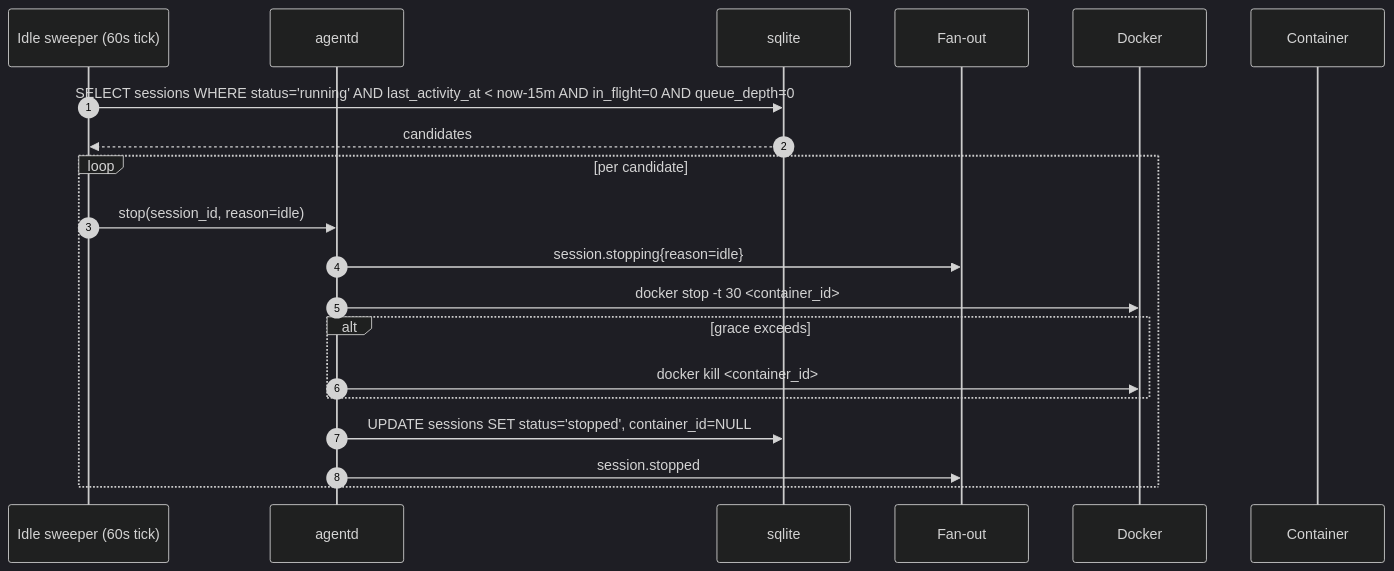
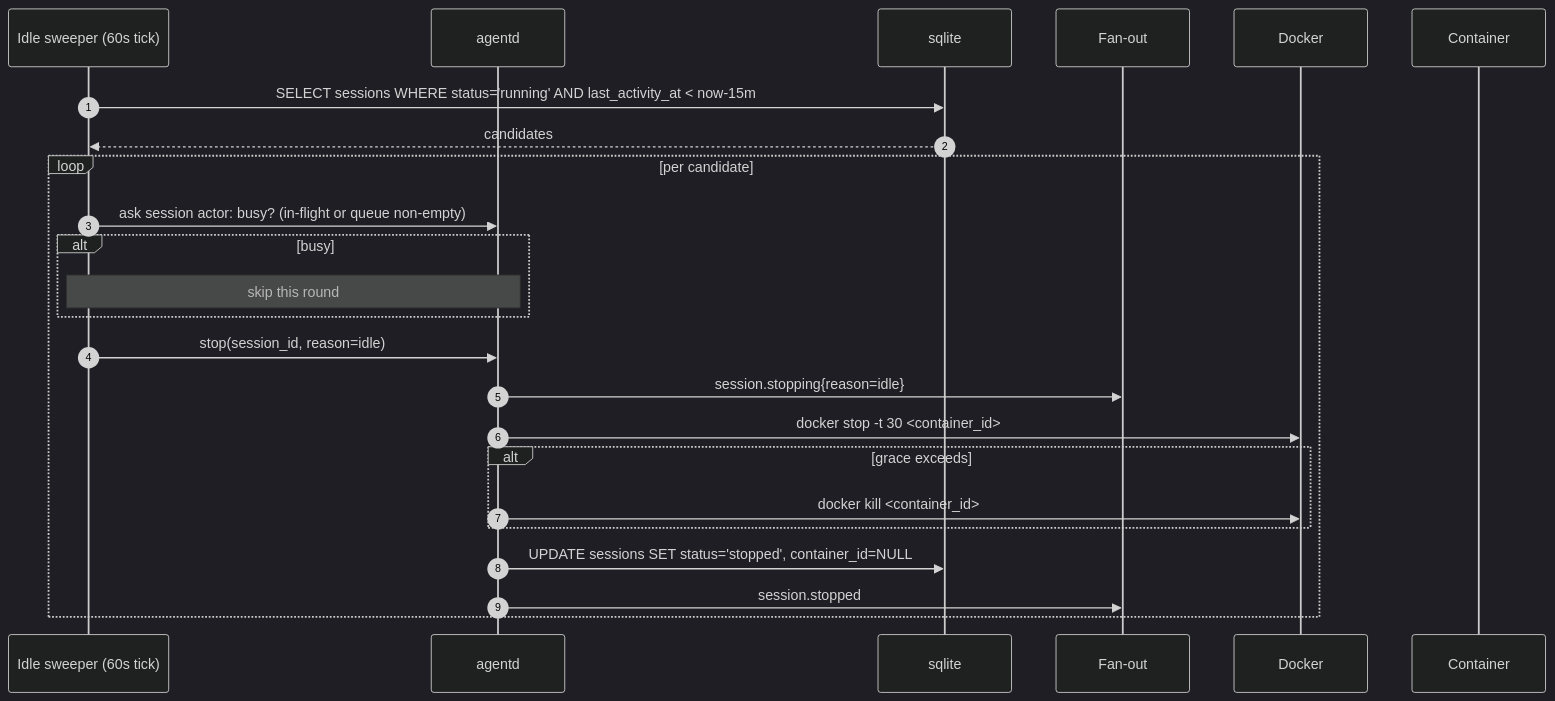
One commit to vipulsodha15/agentctl changed the fifth of 8 diagrams in architecture/overview.md. Above: the diagram before and after it, drawn with Mermaid (dark theme). The commit also changed other lines of this file and 8 other files, not shown here.

````diff
--- a/architecture/overview.md
+++ b/architecture/overview.md
@@ -275,23 +275,27 @@
 ```mermaid
 sequenceDiagram
   autonumber
   participant SW as Idle sweeper (60s tick)
   participant AD as agentd
   participant DB as sqlite
   participant FAN as Fan-out
   participant DOC as Docker
   participant CT as Container
 
-  SW->>DB: SELECT sessions WHERE status='running' AND last_activity_at < now-15m AND in_flight=0 AND queue_depth=0
+  SW->>DB: SELECT sessions WHERE status='running' AND last_activity_at < now-15m
   DB-->>SW: candidates
   loop per candidate
+    SW->>AD: ask session actor: busy? (in-flight or queue non-empty)
+    alt busy
+      Note over SW,AD: skip this round
+    end
     SW->>AD: stop(session_id, reason=idle)
     AD->>FAN: session.stopping{reason=idle}
     AD->>DOC: docker stop -t 30 <container_id>
     alt grace exceeds
       AD->>DOC: docker kill <container_id>
     end
     AD->>DB: UPDATE sessions SET status='stopped', container_id=NULL
     AD->>FAN: session.stopped
   end
 ```
````
